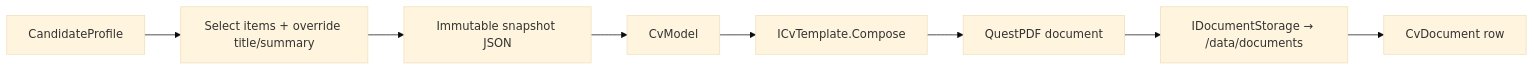
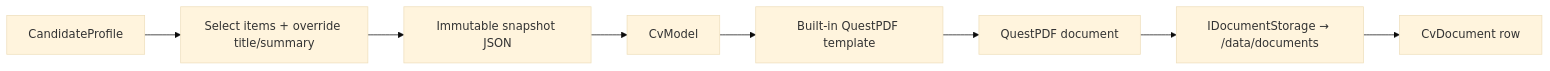
One commit to Kevin-HESSE/Ambio changed the third of 3 diagrams in docs/architecture.md. Above: the diagram before and after it, drawn with Mermaid (base theme). The commit also changed other lines of this file and 11 other files, not shown here.

````diff
--- a/docs/architecture.md
+++ b/docs/architecture.md
@@ -102,10 +95,10 @@
 ```mermaid
 flowchart LR
     P[CandidateProfile] --> S[Select items + override title/summary]
     S --> Snap[Immutable snapshot JSON]
     Snap --> M[CvModel]
-    M --> T[ICvTemplate.Compose]
+    M --> T[Built-in QuestPDF template]
     T --> PDF[QuestPDF document]
     PDF --> St[IDocumentStorage → /data/documents]
     St --> CV[CvDocument row]
 ```
````
